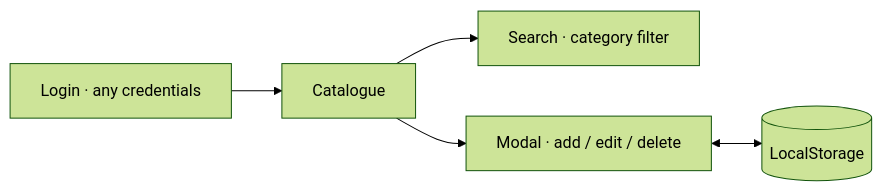
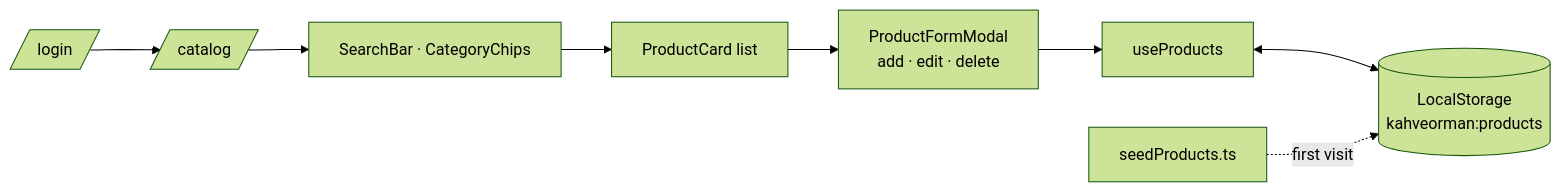
The diagram in README.md (kutluhangil/KahveOrman), drawn with Mermaid (forest theme) before and after one commit. The commit also changed other lines of this file and 3 other files, not shown here.

````diff
--- a/README.md
+++ b/README.md
@@ -32,7 +45,10 @@
 ```mermaid
 flowchart LR
-  L[Login · any credentials] --> C[Catalogue]
-  C --> S[Search · category filter]
-  C --> M[Modal · add / edit / delete]
-  M <--> LS[(LocalStorage)]
+  L[/login/] --> C[/catalog/]
+  C --> S[SearchBar · CategoryChips]
+  S --> LIST[ProductCard list]
+  LIST --> M[ProductFormModal<br/>add · edit · delete]
+  M --> H[useProducts]
+  H <--> LS[(LocalStorage<br/>kahveorman:products)]
+  SEED[seedProducts.ts] -. first visit .-> LS
 ```
````
